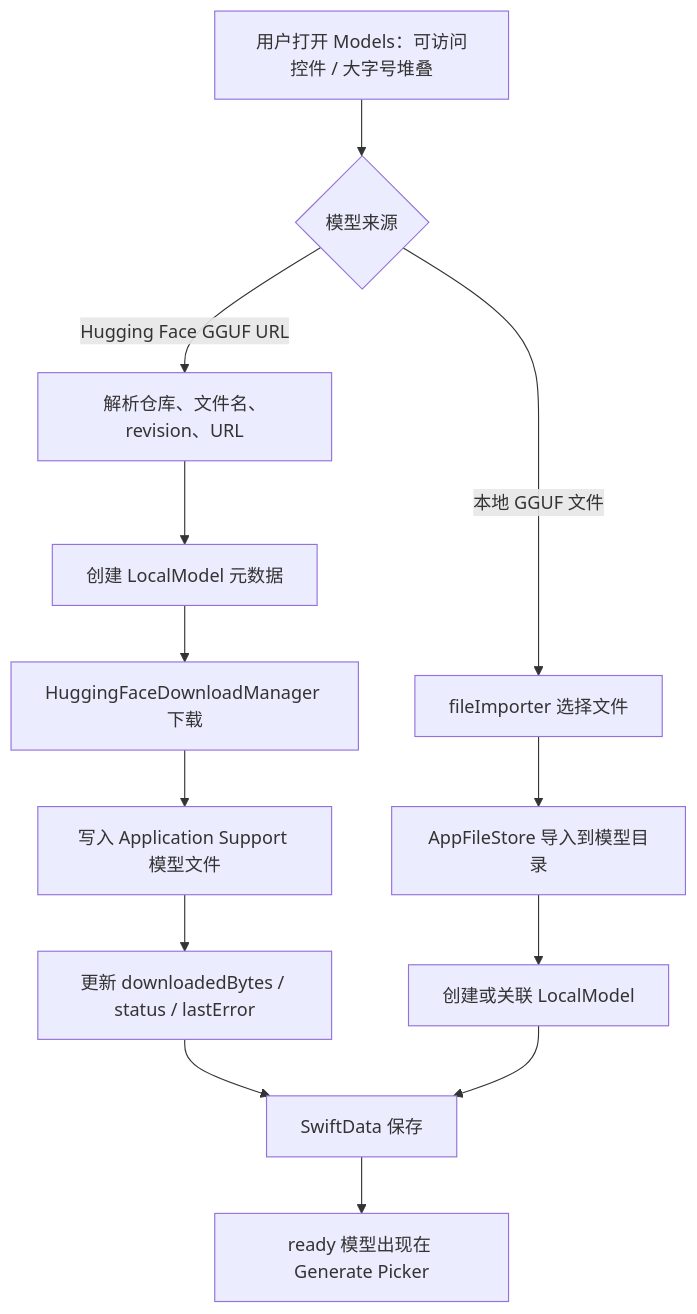
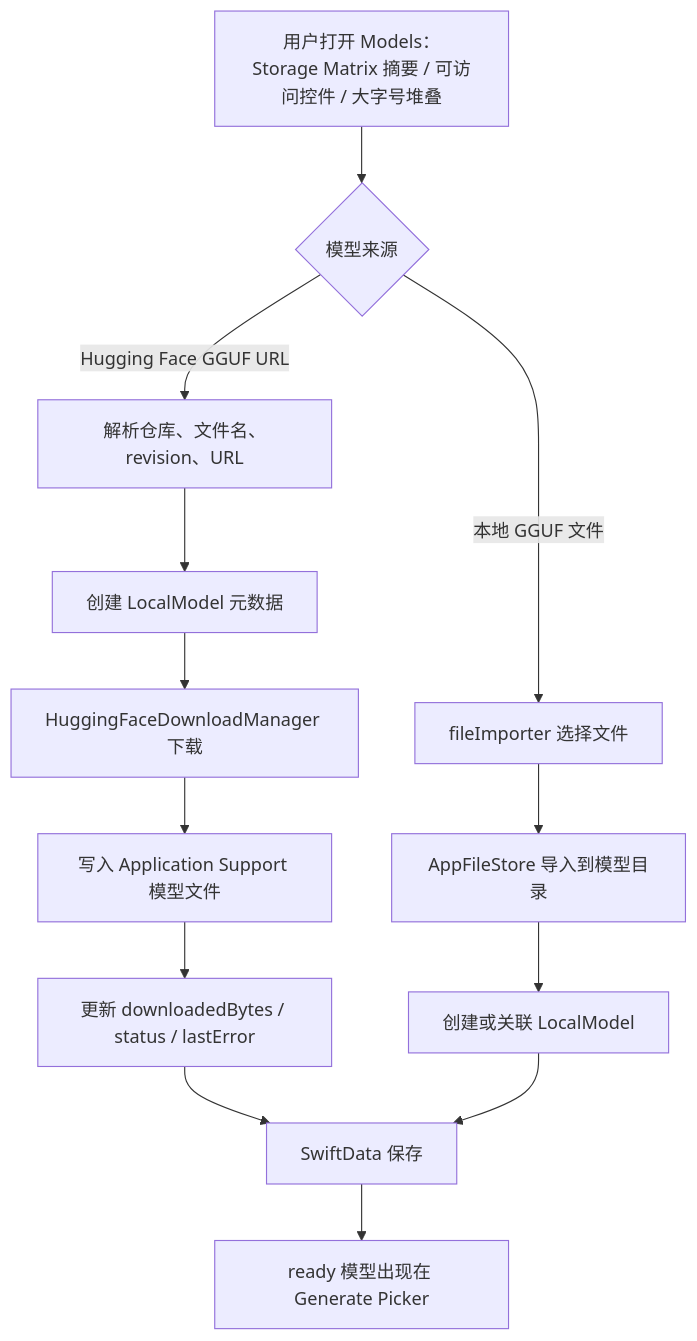
One commit to Altman-sam114/118 changed the third of 7 diagrams in md/flow/flowchart.md. Above: the diagram before and after it, drawn with Mermaid. The commit also changed other lines of this file and 5 other files, not shown here.

First line of the commit message:
v1.25: Models storage summary accessibility

````diff
--- a/md/flow/flowchart.md
+++ b/md/flow/flowchart.md
@@ -66,15 +66,15 @@
 ```mermaid
 flowchart TD
-  A["用户打开 Models：可访问控件 / 大字号堆叠"] --> B{"模型来源"}
+  A["用户打开 Models：Storage Matrix 摘要 / 可访问控件 / 大字号堆叠"] --> B{"模型来源"}
   B -- "Hugging Face GGUF URL" --> C["解析仓库、文件名、revision、URL"]
   C --> D["创建 LocalModel 元数据"]
   D --> E["HuggingFaceDownloadManager 下载"]
   E --> F["写入 Application Support 模型文件"]
   F --> G["更新 downloadedBytes / status / lastError"]
   B -- "本地 GGUF 文件" --> H["fileImporter 选择文件"]
   H --> I["AppFileStore 导入到模型目录"]
   I --> J["创建或关联 LocalModel"]
   G --> K["SwiftData 保存"]
   J --> K
   K --> L["ready 模型出现在 Generate Picker"]
 ```
````
